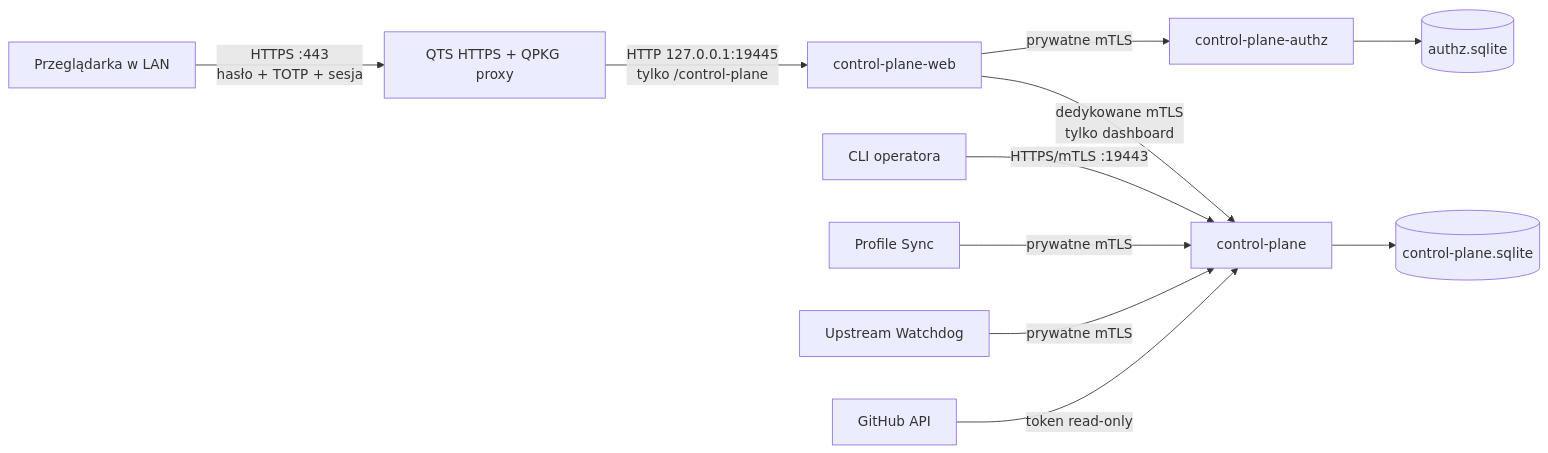
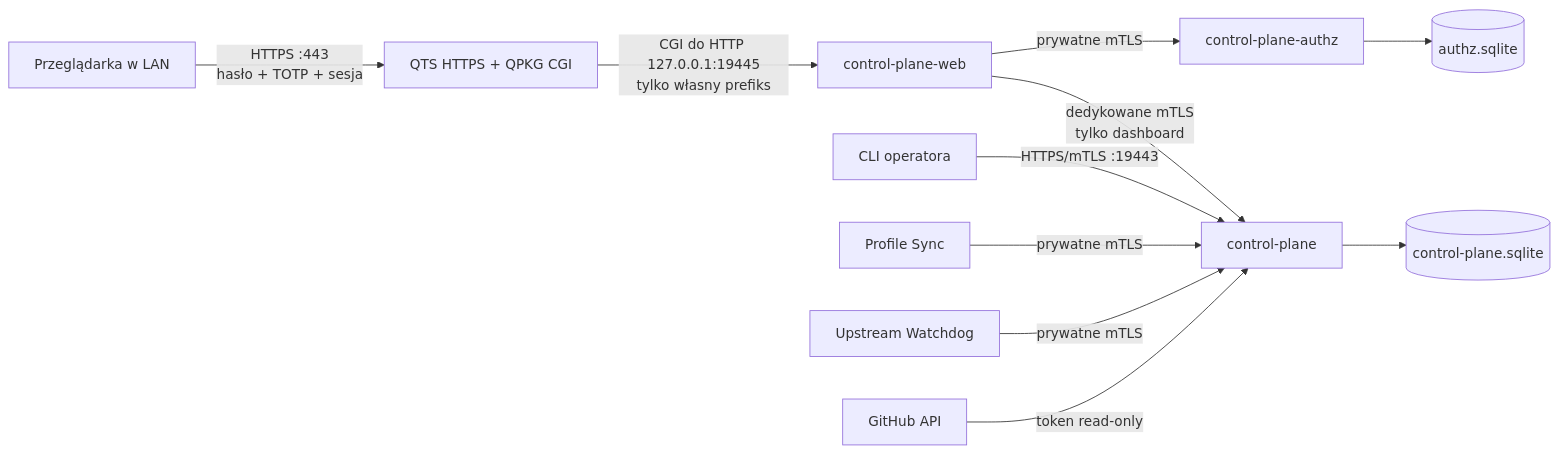
Before and after one commit to mwoDevelop/kodi: the diagram in docs/control-plane/architecture.md, drawn with Mermaid. The commit also changed other lines of this file and 15 other files, not shown here.

Commit message:
fix: serve Control Plane through stable QTS CGI

````diff
--- a/docs/control-plane/architecture.md
+++ b/docs/control-plane/architecture.md
@@ -5,13 +5,13 @@
 ```mermaid
 flowchart LR
-  Browser[Przeglądarka w LAN] -->|HTTPS :443<br/>hasło + TOTP + sesja| QTS[QTS HTTPS + QPKG proxy]
-  QTS -->|HTTP 127.0.0.1:19445<br/>tylko /control-plane| Web[control-plane-web]
+  Browser[Przeglądarka w LAN] -->|HTTPS :443<br/>hasło + TOTP + sesja| QTS[QTS HTTPS + QPKG CGI]
+  QTS -->|CGI do HTTP 127.0.0.1:19445<br/>tylko własny prefiks| Web[control-plane-web]
   Web -->|dedykowane mTLS<br/>tylko dashboard| Core[control-plane]
   Web -->|prywatne mTLS| Authz[control-plane-authz]
   Operator[CLI operatora] -->|HTTPS/mTLS :19443| Core
   Profile[Profile Sync] -->|prywatne mTLS| Core
   Watchdog[Upstream Watchdog] -->|prywatne mTLS| Core
   GitHub[GitHub API] -->|token read-only| Core
   Authz --> AuthDB[(authz.sqlite)]
   Core --> CoreDB[(control-plane.sqlite)]
 ```
````
